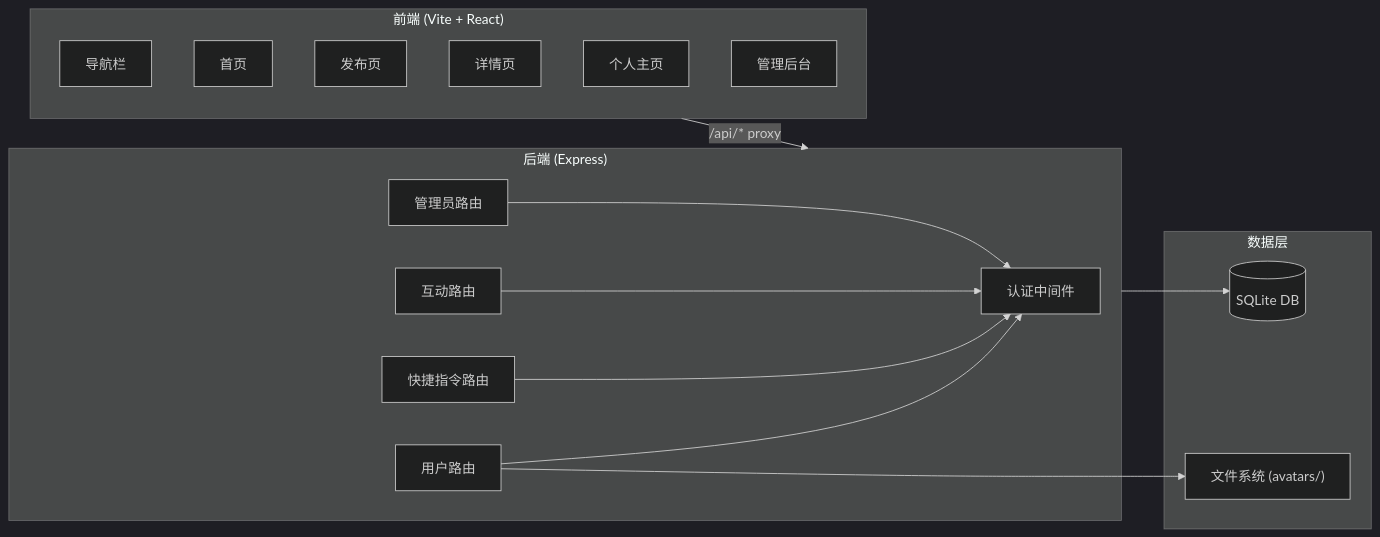
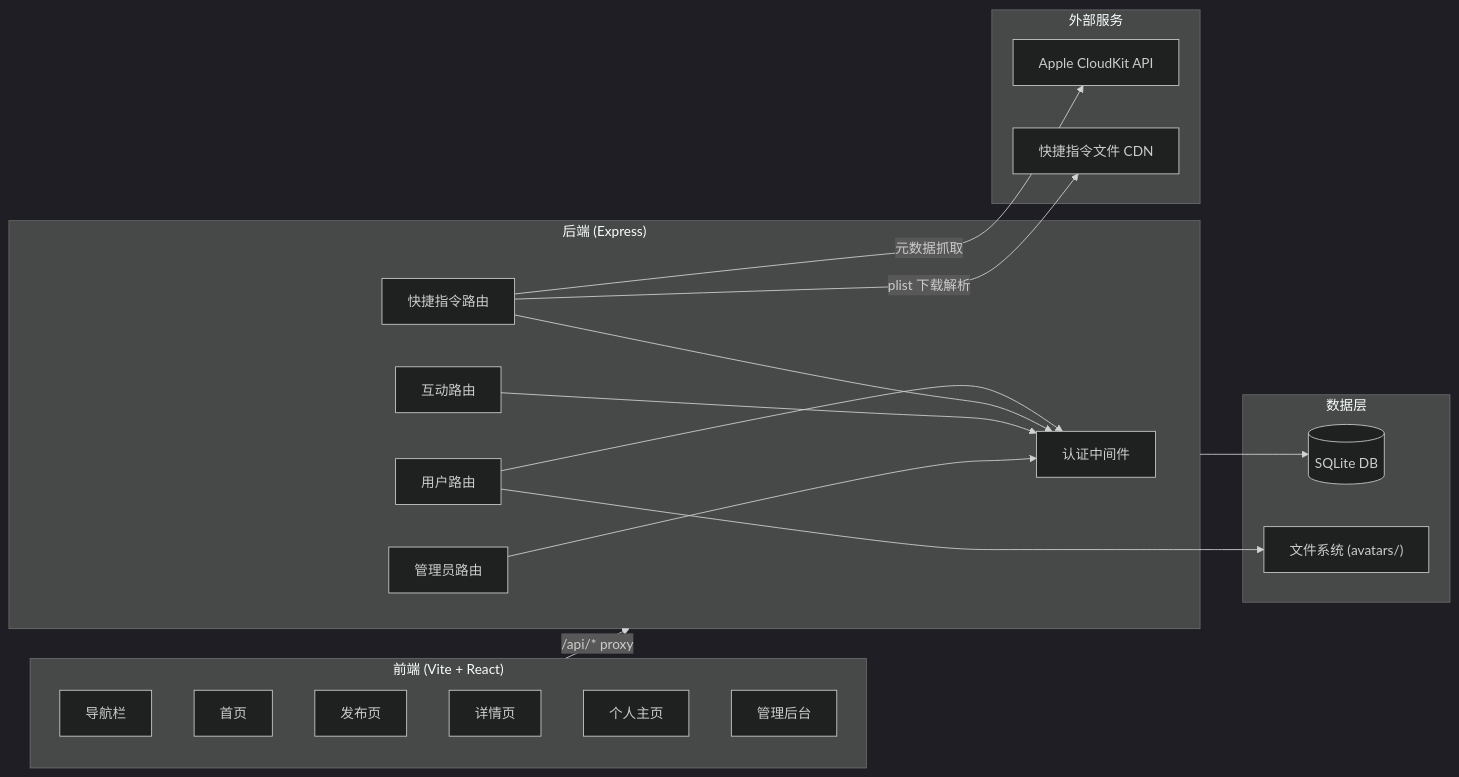
Before and after one commit to muzikeji/shortcut: the first of 4 diagrams in .monkeycode/docs/ARCHITECTURE.md, drawn with Mermaid (dark theme). The commit also changed other lines of this file and 10 other files, not shown here.

````diff
--- a/.monkeycode/docs/ARCHITECTURE.md
+++ b/.monkeycode/docs/ARCHITECTURE.md
@@ -127,32 +134,39 @@
 ```mermaid
 flowchart LR
     subgraph Frontend["前端 (Vite + React)"]
         Navbar["导航栏"]
         Home["首页"]
         Share["发布页"]
         Detail["详情页"]
         Profile["个人主页"]
         Admin["管理后台"]
     end
 
     subgraph Backend["后端 (Express)"]
         AuthMid["认证中间件"]
         UserRoutes["用户路由"]
         ShortcutRoutes["快捷指令路由"]
         InteractRoutes["互动路由"]
         AdminRoutes["管理员路由"]
     end
 
     subgraph Data["数据层"]
         SQLite[("SQLite DB")]
         FS["文件系统 (avatars/)"]
     end
 
+    subgraph External["外部服务"]
+        iCloud["Apple CloudKit API"]
+        CDN["快捷指令文件 CDN"]
+    end
+
     Frontend -->|"/api/* proxy"| Backend
     UserRoutes --> AuthMid
     ShortcutRoutes --> AuthMid
     InteractRoutes --> AuthMid
     AdminRoutes --> AuthMid
     Backend --> SQLite
     UserRoutes --> FS
+    ShortcutRoutes -->|"元数据抓取"| iCloud
+    ShortcutRoutes -->|"plist 下载解析"| CDN
 ```
````
